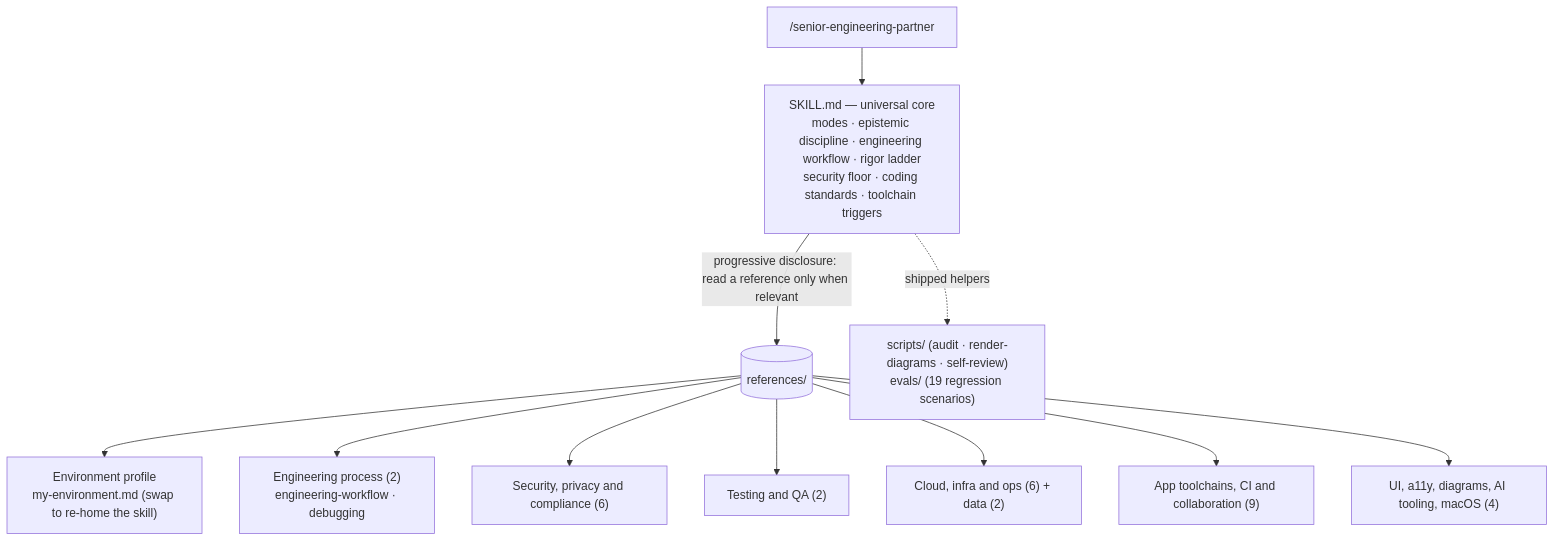
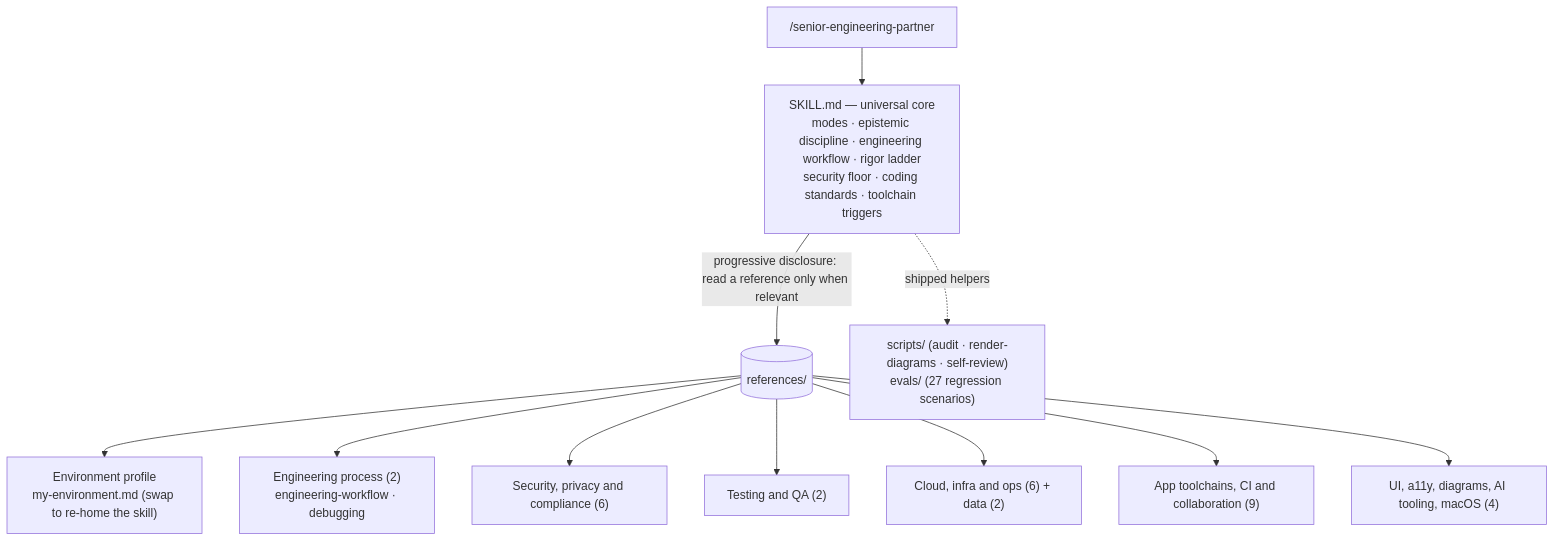
One commit to bjgreenberg/senior-engineering-partner changed the first of 3 diagrams in README.md. Above: the diagram before and after it, drawn with Mermaid. The commit also changed other lines of this file and 1 other file, not shown here.

````diff
--- a/README.md
+++ b/README.md
@@ -72,14 +72,14 @@
 ```mermaid
 flowchart TD
     U["/senior-engineering-partner"] --> C
     C["SKILL.md — universal core<br/>modes · epistemic discipline · engineering workflow · rigor ladder<br/>security floor · coding standards · toolchain triggers"]
     C -->|"progressive disclosure: read a reference only when relevant"| R[(references/)]
-    C -.->|"shipped helpers"| K["scripts/ (audit · render-diagrams · self-review)<br/>evals/ (19 regression scenarios)"]
+    C -.->|"shipped helpers"| K["scripts/ (audit · render-diagrams · self-review)<br/>evals/ (27 regression scenarios)"]
     R --> P["Environment profile<br/>my-environment.md (swap to re-home the skill)"]
     R --> W["Engineering process (2)<br/>engineering-workflow · debugging"]
     R --> S["Security, privacy and compliance (6)"]
     R --> T["Testing and QA (2)"]
     R --> I["Cloud, infra and ops (6) + data (2)"]
     R --> A["App toolchains, CI and collaboration (9)"]
     R --> X["UI, a11y, diagrams, AI tooling, macOS (4)"]
 ```
````
